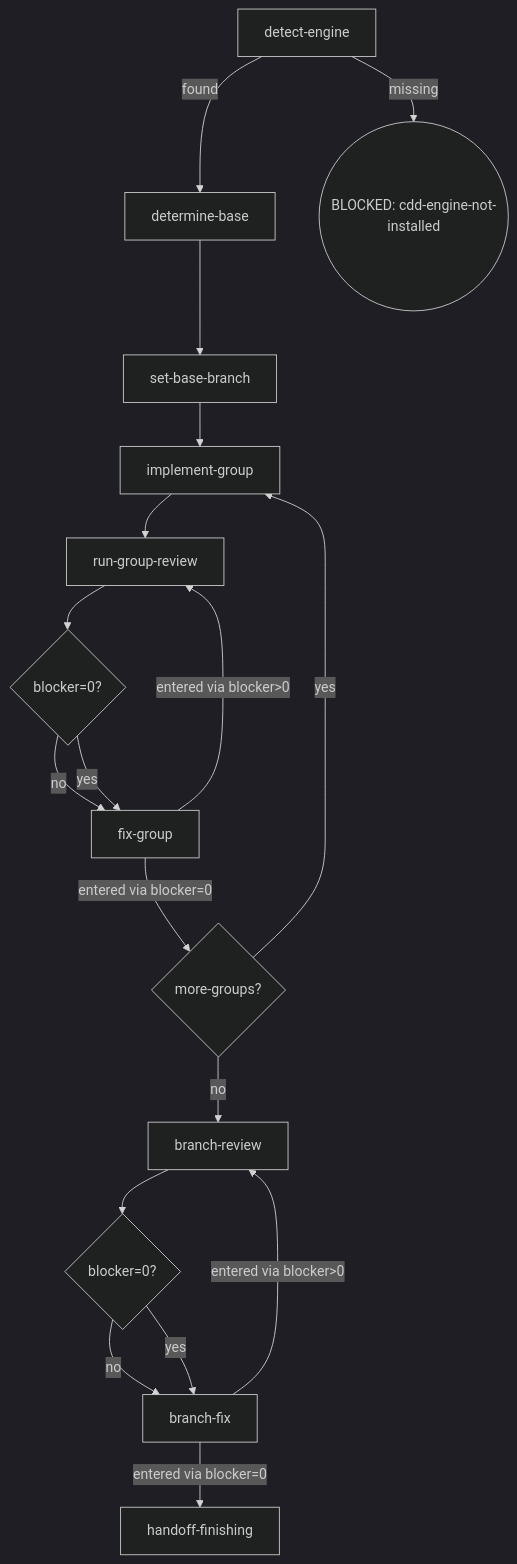
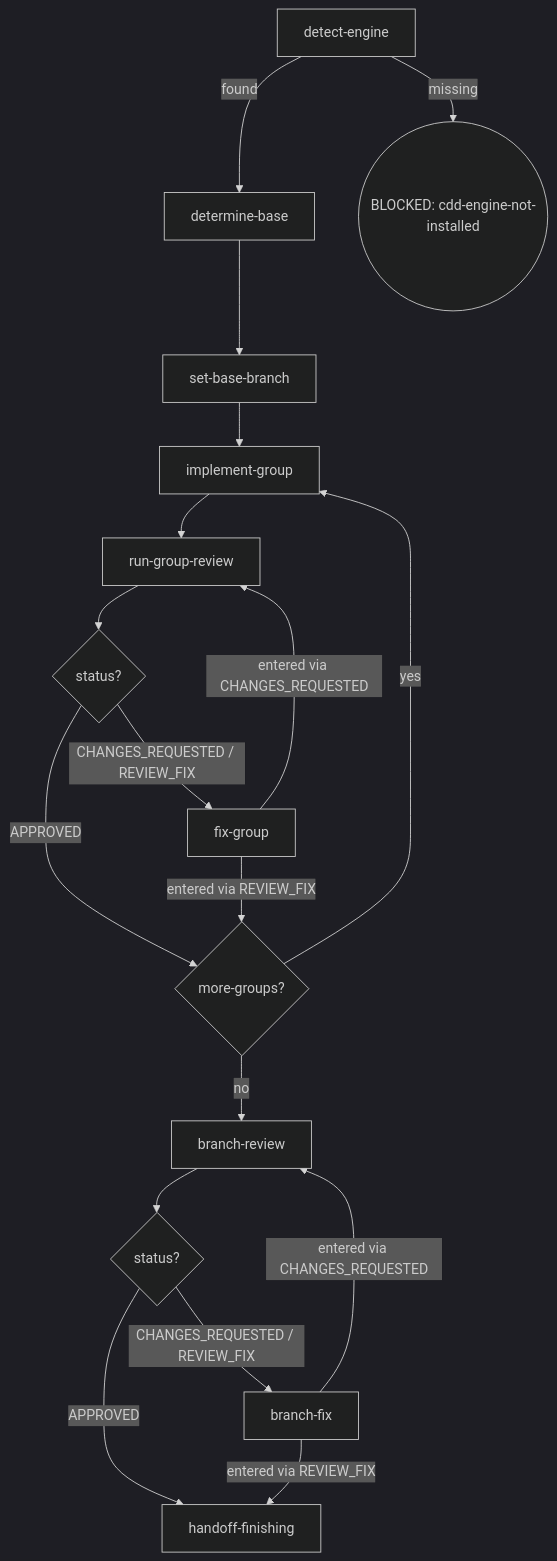
One commit to Oscaner/skills changed the diagram in packages/osuperpowers/skills/cli-driven-development/SKILL.md. Above: the diagram before and after it, drawn with Mermaid (dark theme). The commit also changed other lines of this file and 10 other files, not shown here.

````diff
--- a/packages/osuperpowers/skills/cli-driven-development/SKILL.md
+++ b/packages/osuperpowers/skills/cli-driven-development/SKILL.md
@@ -12,20 +12,20 @@
 ```mermaid
 flowchart TD
   A[detect-engine] -->|found| B[determine-base]
   A -->|missing| Z0((BLOCKED: cdd-engine-not-installed))
   B --> C[set-base-branch]
   C --> D[implement-group]
   D --> E[run-group-review]
-  E --> F{blocker=0?}
-  F -->|no| G[fix-group]
-  F -->|yes| G
-  G -->|entered via blocker>0| E
-  G -->|entered via blocker=0| H{more-groups?}
+  E --> F{status?}
+  F -->|CHANGES_REQUESTED / REVIEW_FIX| G[fix-group]
+  F -->|APPROVED| H{more-groups?}
+  G -->|entered via CHANGES_REQUESTED| E
+  G -->|entered via REVIEW_FIX| H{more-groups?}
   H -->|yes| D
   H -->|no| K[branch-review]
-  K --> I{blocker=0?}
-  I -->|no| J[branch-fix]
-  I -->|yes| J
-  J -->|entered via blocker>0| K
-  J -->|entered via blocker=0| L[handoff-finishing]
+  K --> I{status?}
+  I -->|CHANGES_REQUESTED / REVIEW_FIX| J[branch-fix]
+  I -->|APPROVED| L[handoff-finishing]
+  J -->|entered via CHANGES_REQUESTED| K
+  J -->|entered via REVIEW_FIX| L[handoff-finishing]
 ```
````
